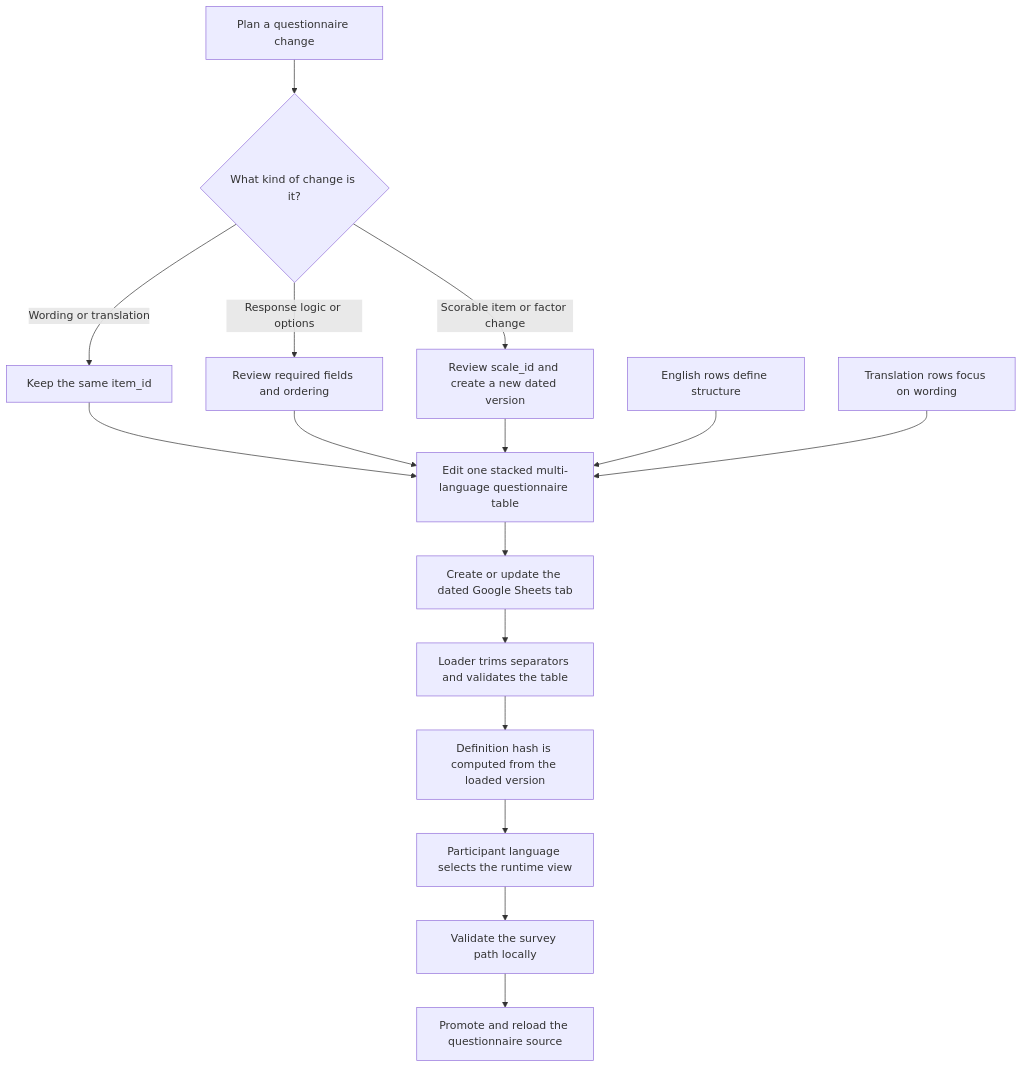
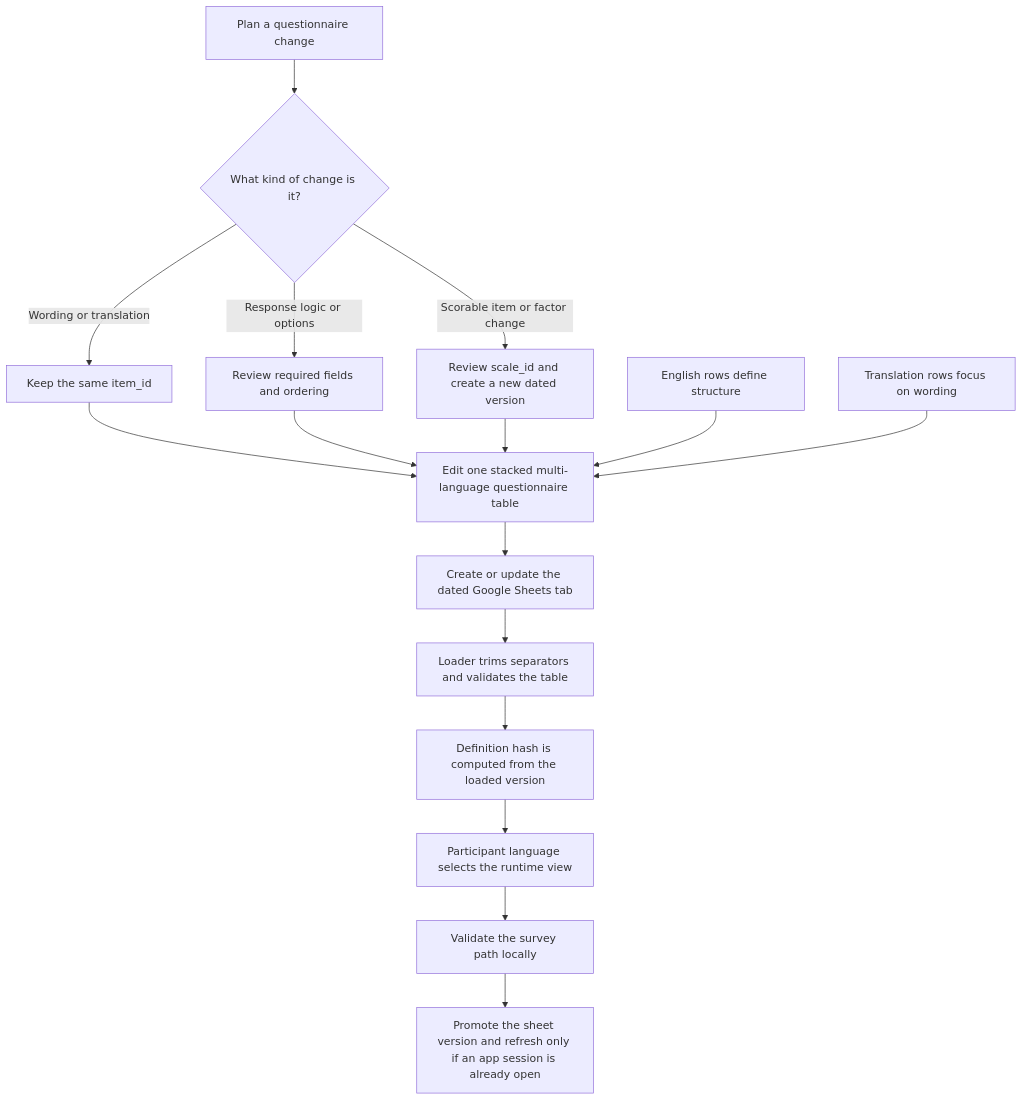
Before and after one commit to MesmerPrism/axp-mvp-survey-guide: the diagram in docs/diagrams/questionnaire-adaptation-flow.mmd, drawn with Mermaid. The commit also changed 3 other files, not shown here.

```diff
--- a/docs/diagrams/questionnaire-adaptation-flow.mmd
+++ b/docs/diagrams/questionnaire-adaptation-flow.mmd
@@ -1,19 +1,19 @@
 flowchart TD
   A[Plan a questionnaire change] --> B{What kind of change is it?}
   B -->|Wording or translation| C[Keep the same item_id]
   B -->|Response logic or options| D[Review required fields and ordering]
   B -->|Scorable item or factor change| E[Review scale_id and create a new dated version]
 
   C --> F[Edit one stacked multi-language questionnaire table]
   D --> F
   E --> F
 
   G[English rows define structure] --> F
   H[Translation rows focus on wording] --> F
 
   F --> I[Create or update the dated Google Sheets tab]
   I --> J[Loader trims separators and validates the table]
   J --> K[Definition hash is computed from the loaded version]
   K --> L[Participant language selects the runtime view]
   L --> M[Validate the survey path locally]
-  M --> N[Promote and reload the questionnaire source]
+  M --> N[Promote the sheet version and refresh only if an app session is already open]
```
